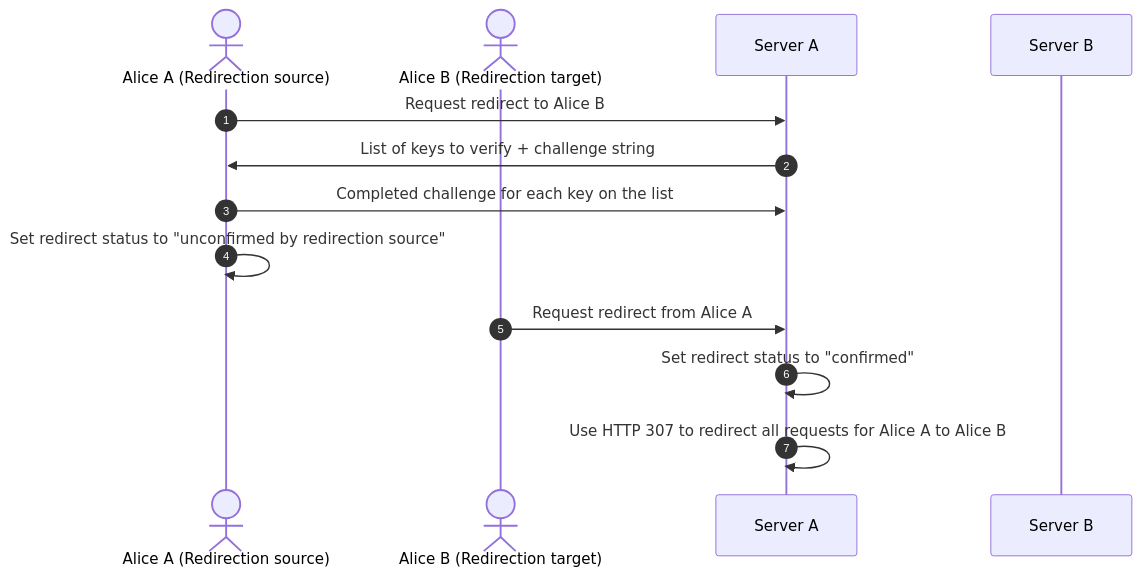
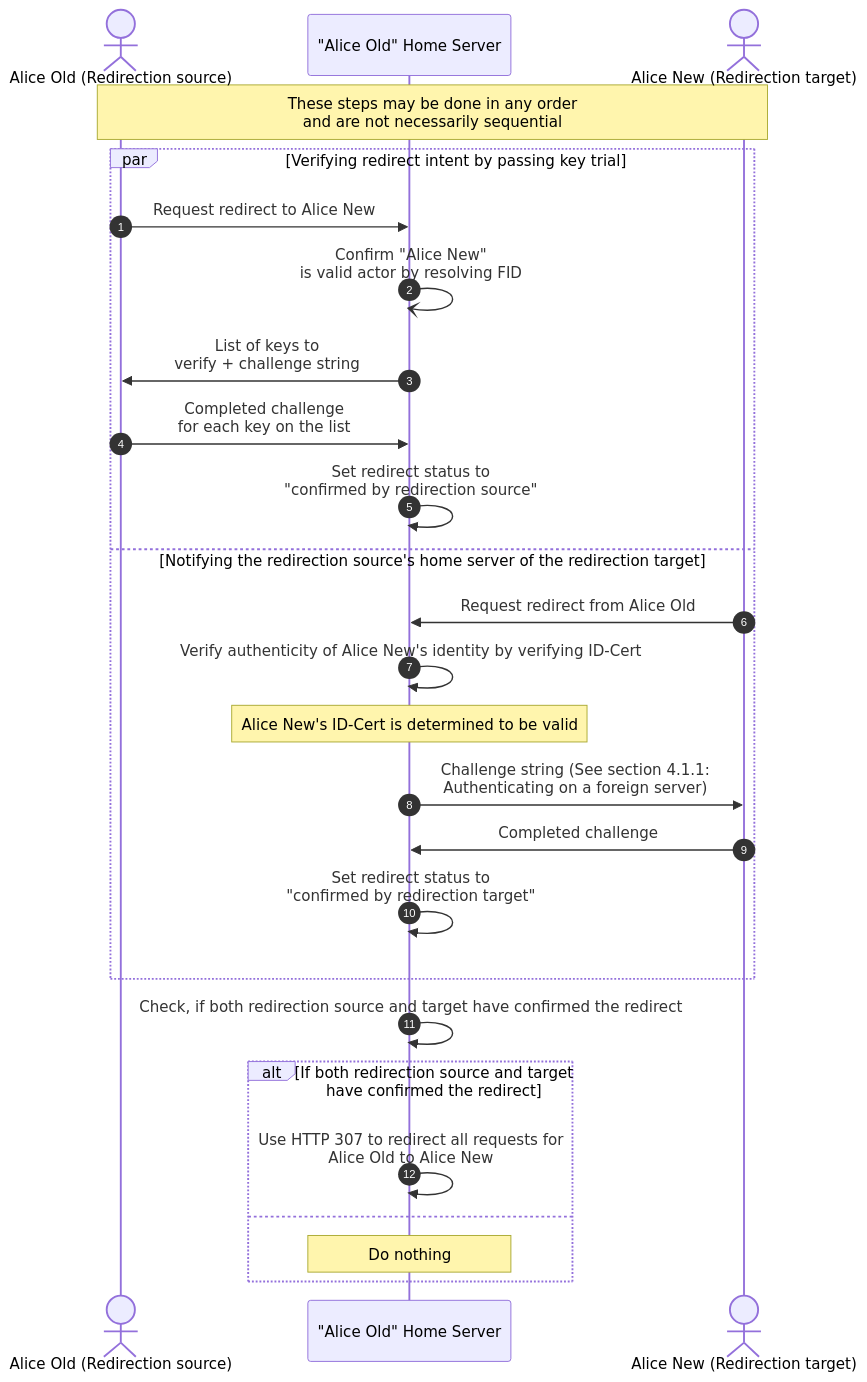
Before and after one commit to polyphony-chat/docs: the fifth of 8 diagrams in docs/Protocol Specifications/core.md, drawn with Mermaid. The commit also changed other lines of this file, not shown here.

Commit message:
Improve wording, rework sequence diagrams in 7.1.1, 7.2

````diff
--- a/docs/Protocol Specifications/core.md
+++ b/docs/Protocol Specifications/core.md
@@ -831,17 +836,30 @@
 ```mermaid
 sequenceDiagram
 autonumber
 
-actor aa as Alice A (Redirection source)
-actor ab as Alice B (Redirection target)
-participant sa as Server A
-participant sb as Server B
+actor aa as Alice Old (Redirection source)
+participant sa as "Alice Old" Home Server
+actor ab as Alice New (Redirection target)
 
-aa->>sa: Request redirect to Alice B
-sa->>aa: List of keys to verify + challenge string
-aa->>sa: Completed challenge for each key on the list
-aa->>aa: Set redirect status to "unconfirmed by redirection source"
-ab->>sa: Request redirect from Alice A
-sa->>sa: Set redirect status to "confirmed"
-sa->>sa: Use HTTP 307 to redirect all requests for Alice A to Alice B
+Note over aa, ab: These steps may be done in any order<br/>and are not necessarily sequential
+par Verifying redirect intent by passing key trial
+  aa->>sa: Request redirect to Alice New
+  sa-)sa: Confirm "Alice New"<br/>is valid actor by resolving FID 
+  sa->>aa: List of keys to<br/>verify + challenge string
+  aa->>sa: Completed challenge<br/>for each key on the list
+  sa->>sa: Set redirect status to<br/>"confirmed by redirection source"
+and Notifying the redirection source's home server of the redirection target
+  ab->>sa: Request redirect from Alice Old
+  sa->>sa: Verify authenticity of Alice New's identity by verifying ID-Cert
+  note over sa: Alice New's ID-Cert is determined to be valid
+  sa->>ab: Challenge string (See section 4.1.1:<br/>Authenticating on a foreign server)
+  ab->>sa: Completed challenge
+  sa->>sa: Set redirect status to<br/>"confirmed by redirection target"
+end
+sa->>sa: Check, if both redirection source and target have confirmed the redirect
+alt If both redirection source and target have confirmed the redirect
+  sa->>sa: Use HTTP 307 to redirect all requests for<br/>Alice Old to Alice New
+else
+  Note over sa: Do nothing
+end
 ```
````
